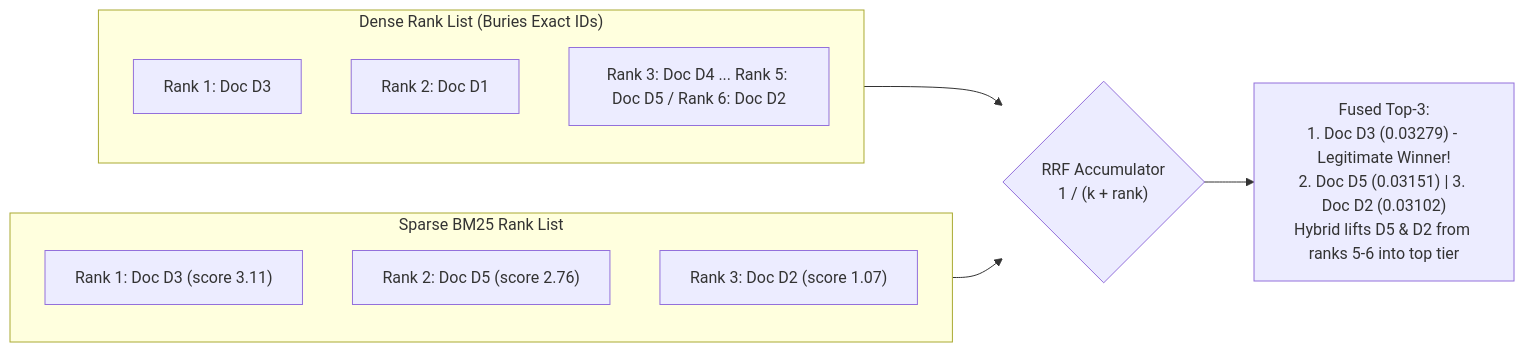
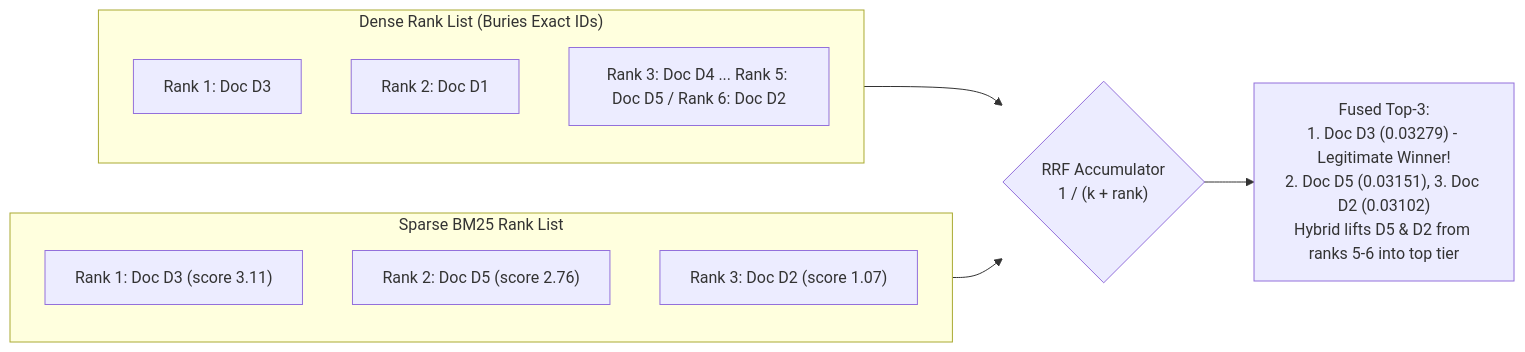
One commit to divyansh070/ml_notes changed the second of 4 diagrams in rag-guide/03-hybrid-and-reranking.md. Above: the diagram before and after it, drawn with Mermaid. The commit also changed other lines of this file and 8 other files, not shown here.

Commit message:
fix(rag-guide): resolve Mermaid syntax, xychart, and MathJax rendering issues for GitHub

````diff
--- a/rag-guide/03-hybrid-and-reranking.md
+++ b/rag-guide/03-hybrid-and-reranking.md
@@ -97,18 +97,18 @@
 ```mermaid
 flowchart LR
     subgraph DENSE_LIST ["Dense Rank List (Buries Exact IDs)"]
         D1["Rank 1: Doc D3"]
         D2["Rank 2: Doc D1"]
         D3["Rank 3: Doc D4 ... Rank 5: Doc D5 / Rank 6: Doc D2"]
     end
     
     subgraph SPARSE_LIST ["Sparse BM25 Rank List"]
         S1["Rank 1: Doc D3 (score 3.11)"]
         S2["Rank 2: Doc D5 (score 2.76)"]
         S3["Rank 3: Doc D2 (score 1.07)"]
     end
     
-    DENSE_LIST --> RRF{"RRF Accumulator<br/>1 / (k + rank)"}
+    DENSE_LIST --> RRF{"RRF Accumulator<br>1 / (k + rank)"}
     SPARSE_LIST --> RRF
-    RRF --> FUSED["Fused Top-3:<br/>1. Doc D3 (0.03279) - Legitimate Winner!<br/>2. Doc D5 (0.03151) | 3. Doc D2 (0.03102)<br/>Hybrid lifts D5 & D2 from ranks 5-6 into top tier"]
+    RRF --> FUSED["Fused Top-3:<br>1. Doc D3 (0.03279) - Legitimate Winner!<br>2. Doc D5 (0.03151), 3. Doc D2 (0.03102)<br>Hybrid lifts D5 & D2 from ranks 5-6 into top tier"]
 ```
````
